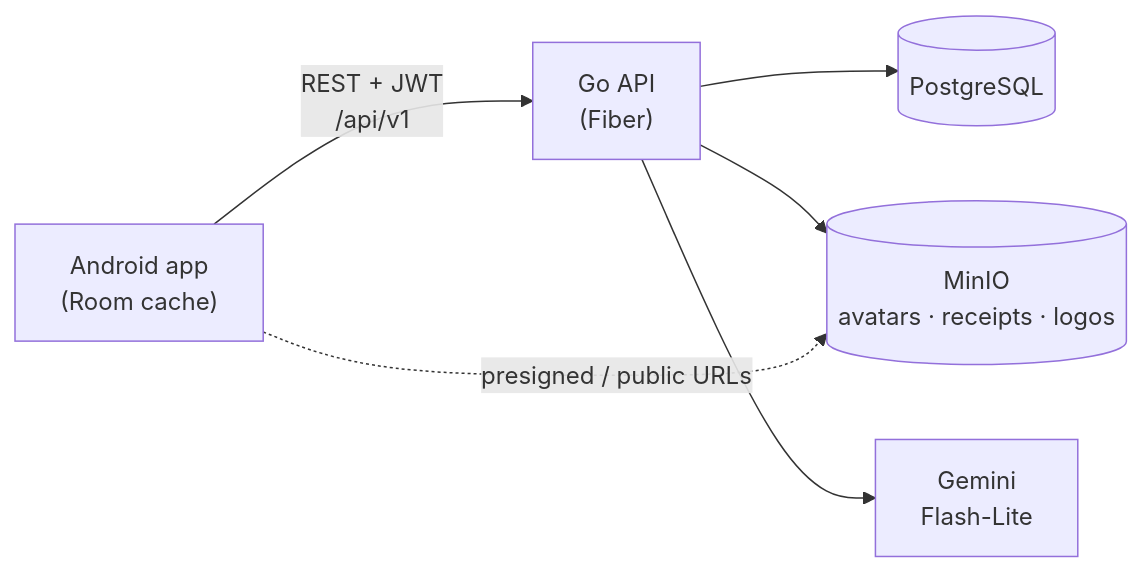
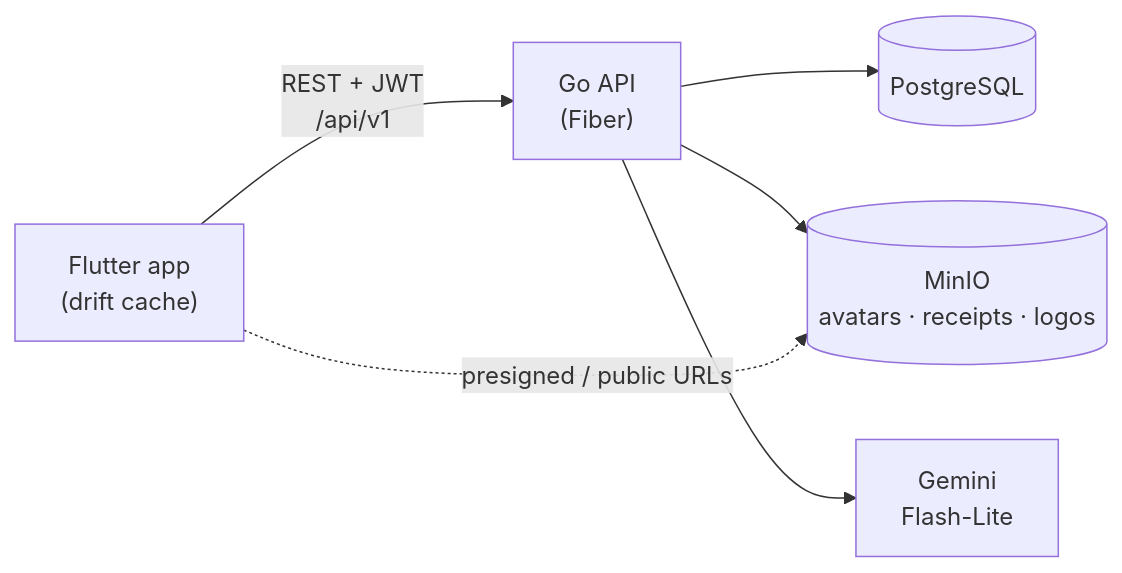
One commit to equinox-jj/MonAI changed the diagram in README.md. Above: the diagram before and after it, drawn with Mermaid. The commit also changed other lines of this file and 31 other files, not shown here.

````diff
--- a/README.md
+++ b/README.md
@@ -49,8 +88,8 @@
 ```mermaid
 flowchart LR
-    App["Android app<br/>(Room cache)"] -- "REST + JWT<br/>/api/v1" --> API["Go API<br/>(Fiber)"]
+    App["Flutter app<br/>(drift cache)"] -- "REST + JWT<br/>/api/v1" --> API["Go API<br/>(Fiber)"]
     API --> DB[("PostgreSQL")]
     API --> S3[("MinIO<br/>avatars · receipts · logos")]
     API --> AI["Gemini<br/>Flash-Lite"]
     App -. "presigned / public URLs" .-> S3
 ```
````
